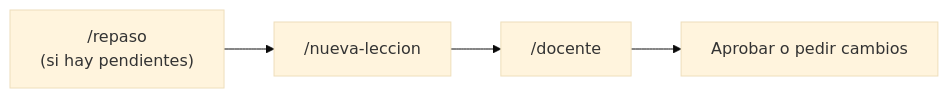
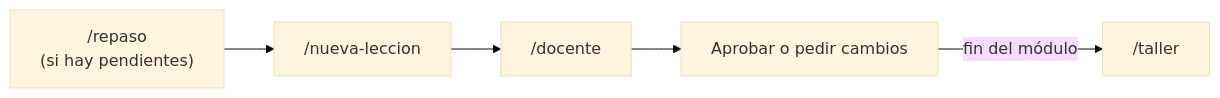
Before and after one commit to CristinaChaconSanta/aura-ai-academy: the diagram in docs/como-usar.md, drawn with Mermaid (base theme). The commit also changed other lines of this file and 15 other files, not shown here.

````diff
--- a/docs/como-usar.md
+++ b/docs/como-usar.md
@@ -22,6 +22,7 @@
 ```mermaid
 flowchart LR
   A["/repaso<br>(si hay pendientes)"] --> B["/nueva-leccion"]
   B --> C["/docente"]
   C --> D[Aprobar o pedir cambios]
+  D -->|fin del módulo| E["/taller"]
 ```
````
